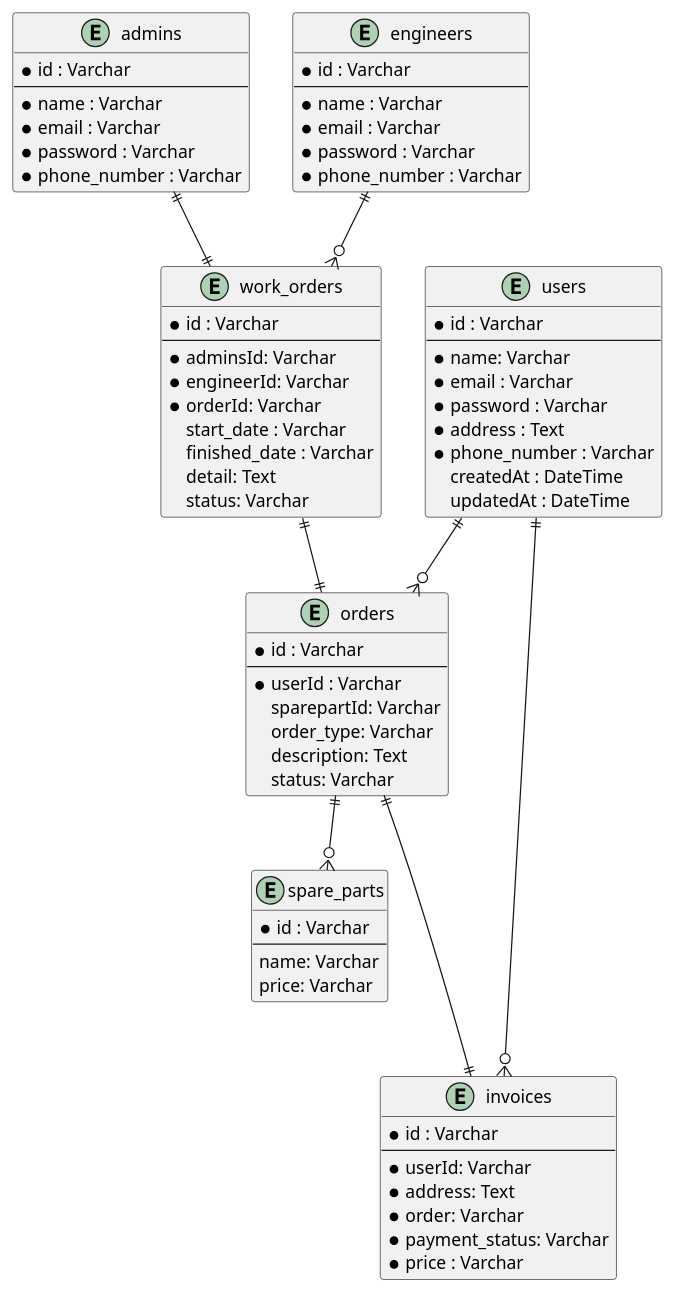
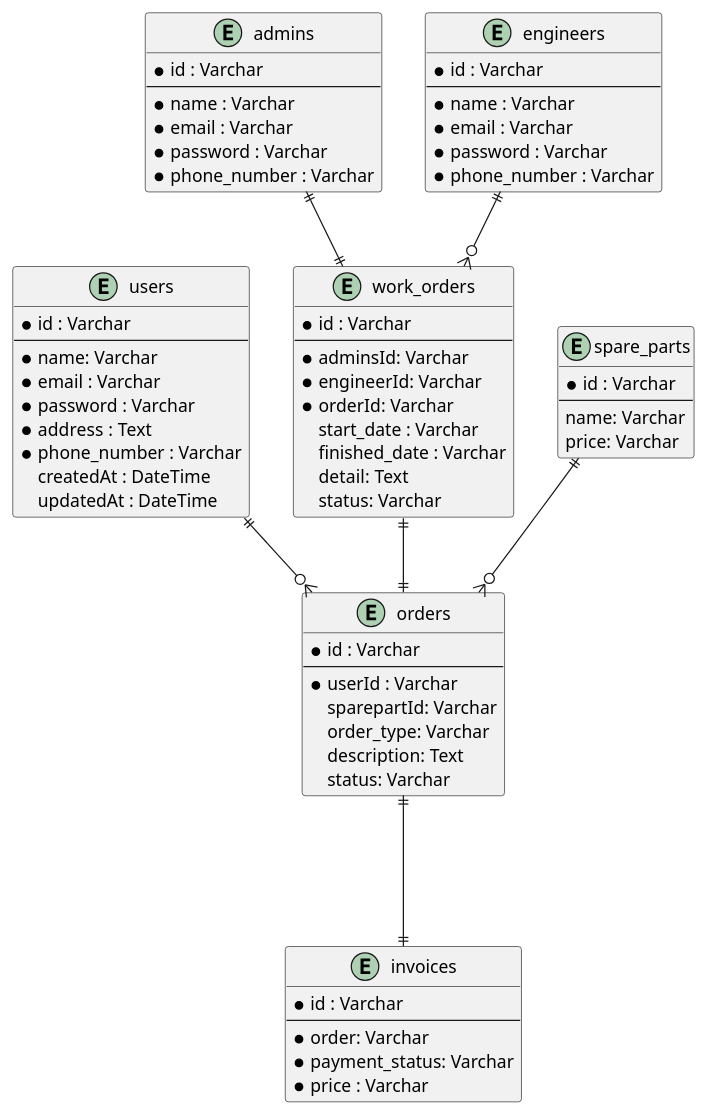
Before and after one commit to resiwicaksono98/restfull-mitik-app: the diagram in JasaAc.puml, drawn with PlantUML. The commit also changed 18 other files, not shown here.

```diff
--- a/JasaAc.puml
+++ b/JasaAc.puml
@@ -1,82 +1,79 @@
 @startuml
 
 entity users {
 	* id : Varchar
 	--
 	* name: Varchar
 	* email : Varchar
 	* password : Varchar
 	* address : Text
 	* phone_number : Varchar
 	createdAt : DateTime
 	updatedAt : DateTime
 }
 
 entity admins {
 	* id : Varchar
 	--
 	* name : Varchar
 	* email : Varchar
 	* password : Varchar
 	* phone_number : Varchar
 }
 
 entity engineers {
 	* id : Varchar
 	--
 	* name : Varchar
 	* email : Varchar
 	* password : Varchar
 	* phone_number : Varchar
 }
 
 entity work_orders {
 	* id : Varchar
 	--
 	* adminsId: Varchar
 	* engineerId: Varchar
 	* orderId: Varchar
 	start_date : Varchar
 	finished_date : Varchar
 	detail: Text
 	status: Varchar
 }
 
 entity orders {
 	* id : Varchar
 	--
 	* userId : Varchar
 	sparepartId: Varchar
 	order_type: Varchar
 	description: Text
 	status: Varchar
 }
 
 entity spare_parts{
 	* id : Varchar
 	--
 	name: Varchar
 	price: Varchar
 }
 
 entity invoices {
 	* id : Varchar
 	--
-	* userId: Varchar
-	* address: Text
 	* order: Varchar
 	* payment_status: Varchar
 	* price : Varchar
 }
 
 users ||--o{ orders
 	admins ||--|| work_orders
-	orders ||--o{ spare_parts
+	spare_parts ||--o{ orders
 	orders ||---|| invoices
 	engineers ||--o{ work_orders
 	work_orders ||--|| orders
-	users ||--o{ invoices
 
 
 
 	@endUml
```
